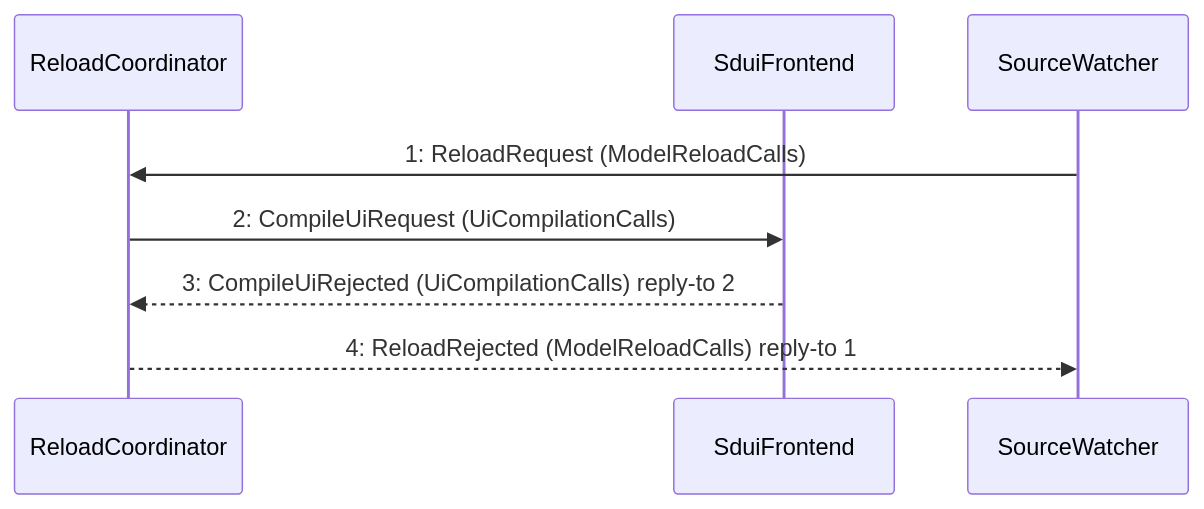
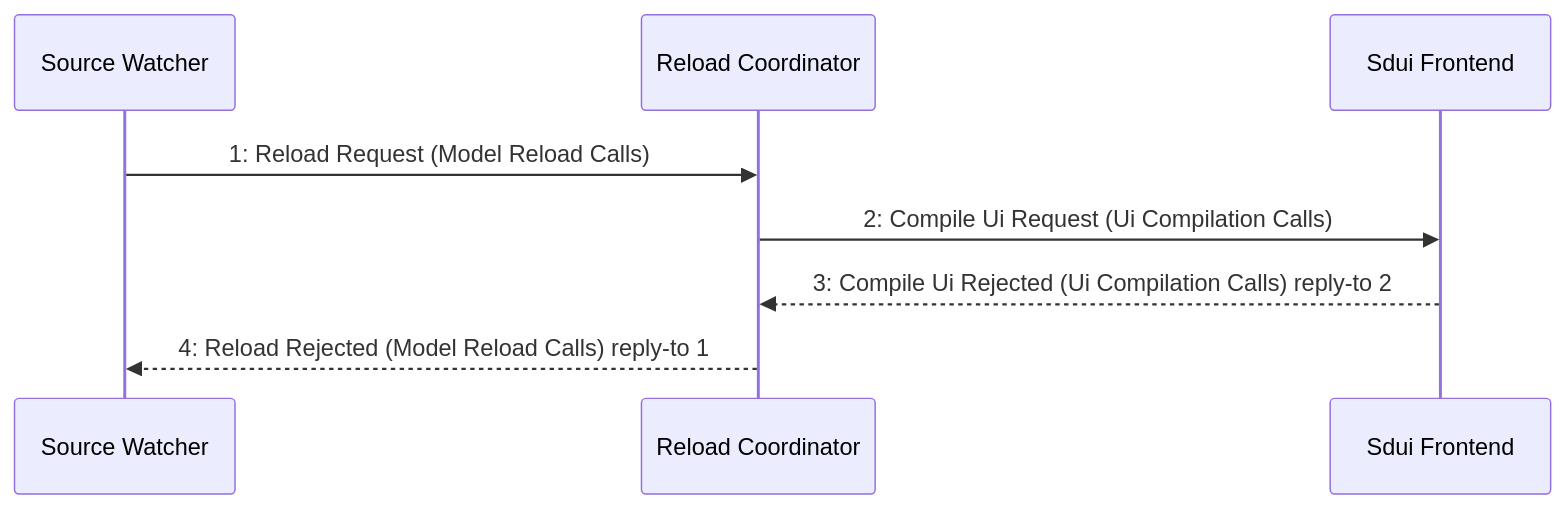
One commit to Hans-Einar/SDP changed the diagram in SDUI/design/viewpoints/diagrams/VP08-UiModelReloadRejected.mmd. Above: the diagram before and after it, drawn with Mermaid. The commit also changed 145 other files, not shown here.

```diff
--- a/SDUI/design/viewpoints/diagrams/VP08-UiModelReloadRejected.mmd
+++ b/SDUI/design/viewpoints/diagrams/VP08-UiModelReloadRejected.mmd
@@ -1,8 +1,8 @@
 sequenceDiagram
-    participant n_ReloadCoordinator as ReloadCoordinator
-    participant n_SduiFrontend as SduiFrontend
-    participant n_SourceWatcher as SourceWatcher
-    n_SourceWatcher->>n_ReloadCoordinator: 1: ReloadRequest (ModelReloadCalls)
-    n_ReloadCoordinator->>n_SduiFrontend: 2: CompileUiRequest (UiCompilationCalls)
-    n_SduiFrontend-->>n_ReloadCoordinator: 3: CompileUiRejected (UiCompilationCalls) reply-to 2
-    n_ReloadCoordinator-->>n_SourceWatcher: 4: ReloadRejected (ModelReloadCalls) reply-to 1
+    participant n_SourceWatcher as Source Watcher
+    participant n_ReloadCoordinator as Reload Coordinator
+    participant n_SduiFrontend as Sdui Frontend
+    n_SourceWatcher->>n_ReloadCoordinator: 1: Reload Request (Model Reload Calls)
+    n_ReloadCoordinator->>n_SduiFrontend: 2: Compile Ui Request (Ui Compilation Calls)
+    n_SduiFrontend-->>n_ReloadCoordinator: 3: Compile Ui Rejected (Ui Compilation Calls) reply-to 2
+    n_ReloadCoordinator-->>n_SourceWatcher: 4: Reload Rejected (Model Reload Calls) reply-to 1
```
